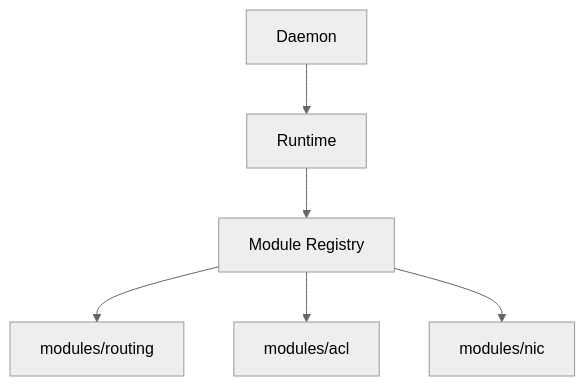
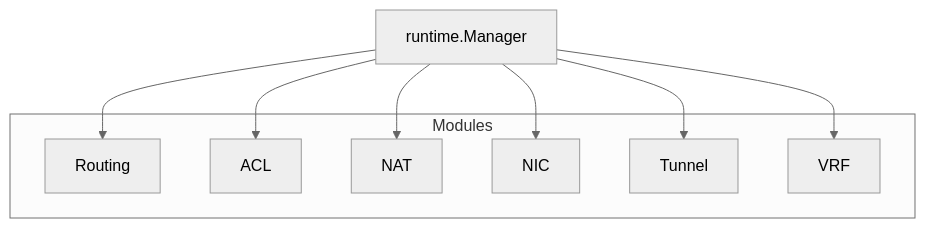
Before and after one commit to flystary/flyos: the fifth of 5 diagrams in README.md, drawn with Mermaid (neutral theme). The commit also changed other lines of this file and 1 other file, not shown here.

````diff
--- a/README.md
+++ b/README.md
@@ -96,8 +282,21 @@
 ```mermaid
-graph TD
-    Daemon --> Runtime
-    Runtime --> ModuleRegistry[Module Registry]
-    ModuleRegistry --> RouteModule[modules/routing]
-    ModuleRegistry --> ACLModule[modules/acl]
-    ModuleRegistry --> NICModule[modules/nic]
+graph TB
+
+    MGR[runtime.Manager]
+
+    subgraph Modules
+        RT[Routing]
+        AC[ACL]
+        NA[NAT]
+        NC[NIC]
+        TU[Tunnel]
+        VF[VRF]
+    end
+
+    MGR --> RT
+    MGR --> AC
+    MGR --> NA
+    MGR --> NC
+    MGR --> TU
+    MGR --> VF
 ```
````
